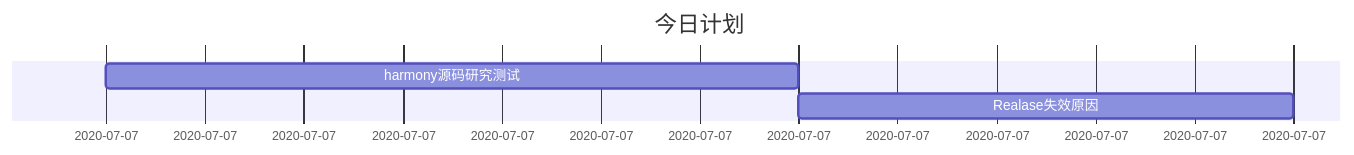
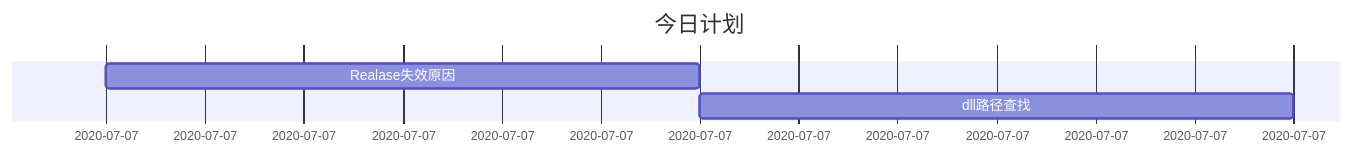
Before and after one commit to luotianqi777/Notebook: the second of 2 diagrams in Plan.md, drawn with Mermaid. The commit also changed other lines of this file, not shown here.

````diff
--- a/Plan.md
+++ b/Plan.md
@@ -20,7 +20,7 @@
 ```mermaid
 gantt
 dateFormat  HH:mm
 title 今日计划
-harmony源码研究测试: 09:00,16:00
-Realase失效原因: 16:00,21:00
+Realase失效原因: 09:00,15:00
+dll路径查找: 15:00,21:00
 ```
````
